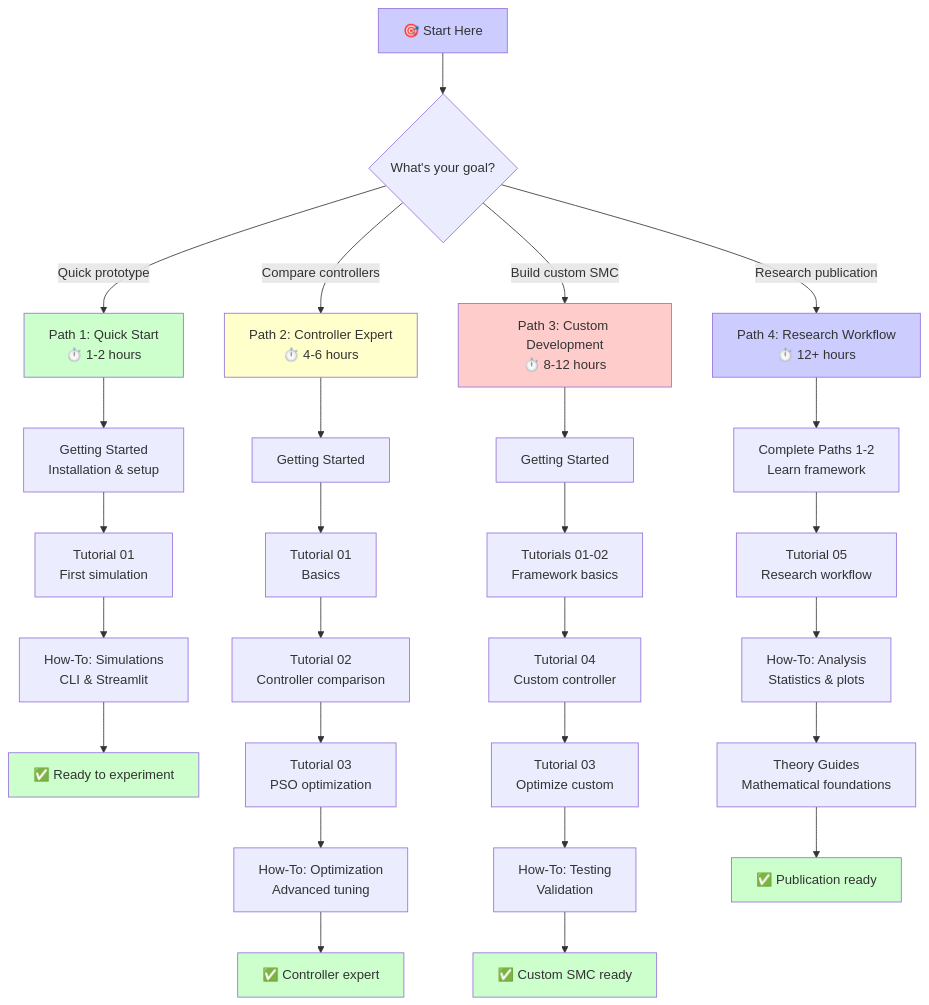
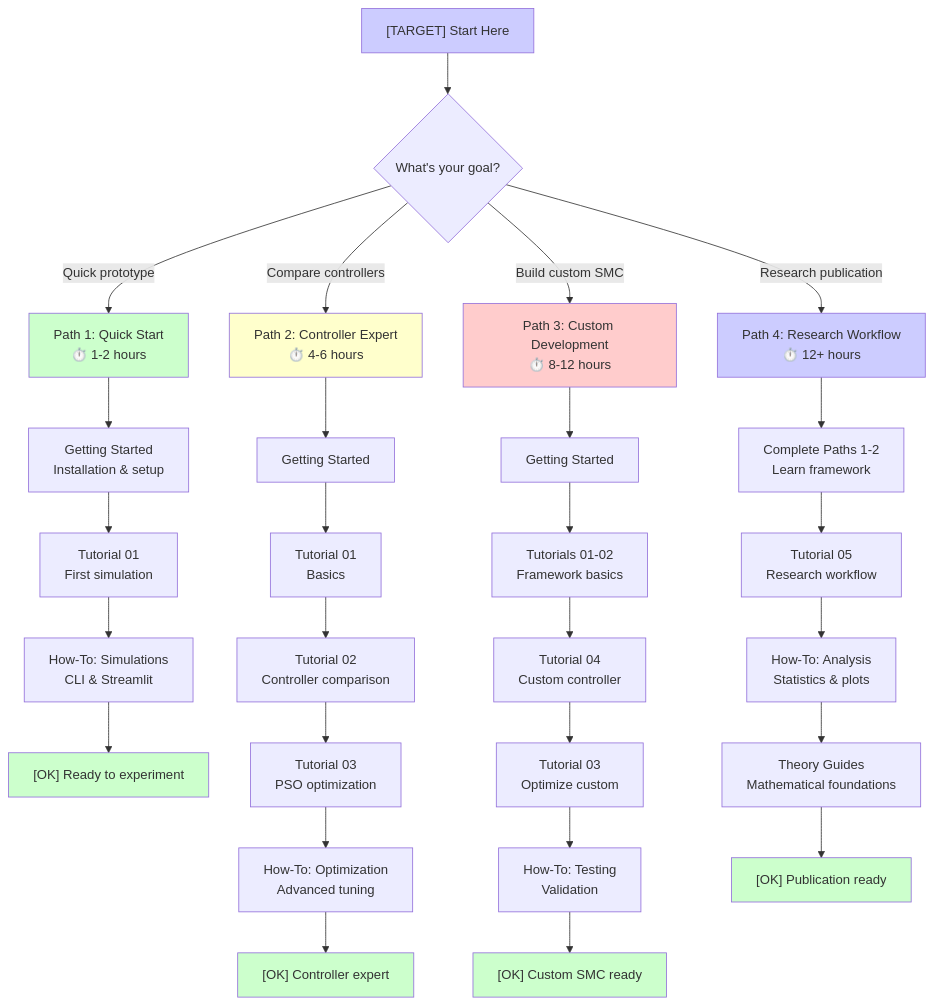
The third of 3 diagrams in README.md (theSadeQ/dip-smc-pso), drawn with Mermaid before and after one commit. The commit also changed other lines of this file and 7 other files, not shown here.

````diff
--- a/README.md
+++ b/README.md
@@ -328,44 +328,44 @@
 ```mermaid
 flowchart TD
-    START["🎯 Start Here"] --> GOAL{What's your goal?}
+    START["[TARGET] Start Here"] --> GOAL{What's your goal?}
 
     GOAL -->|Quick prototype| PATH1["Path 1: Quick Start<br/>⏱️ 1-2 hours"]
     GOAL -->|Compare controllers| PATH2["Path 2: Controller Expert<br/>⏱️ 4-6 hours"]
     GOAL -->|Build custom SMC| PATH3["Path 3: Custom Development<br/>⏱️ 8-12 hours"]
     GOAL -->|Research publication| PATH4["Path 4: Research Workflow<br/>⏱️ 12+ hours"]
 
     PATH1 --> P1_1["Getting Started<br/>Installation & setup"]
     P1_1 --> P1_2["Tutorial 01<br/>First simulation"]
     P1_2 --> P1_3["How-To: Simulations<br/>CLI & Streamlit"]
-    P1_3 --> DONE1["✅ Ready to experiment"]
+    P1_3 --> DONE1["[OK] Ready to experiment"]
 
     PATH2 --> P2_1["Getting Started"]
     P2_1 --> P2_2["Tutorial 01<br/>Basics"]
     P2_2 --> P2_3["Tutorial 02<br/>Controller comparison"]
     P2_3 --> P2_4["Tutorial 03<br/>PSO optimization"]
     P2_4 --> P2_5["How-To: Optimization<br/>Advanced tuning"]
-    P2_5 --> DONE2["✅ Controller expert"]
+    P2_5 --> DONE2["[OK] Controller expert"]
 
     PATH3 --> P3_1["Getting Started"]
     P3_1 --> P3_2["Tutorials 01-02<br/>Framework basics"]
     P3_2 --> P3_3["Tutorial 04<br/>Custom controller"]
     P3_3 --> P3_4["Tutorial 03<br/>Optimize custom"]
     P3_4 --> P3_5["How-To: Testing<br/>Validation"]
-    P3_5 --> DONE3["✅ Custom SMC ready"]
+    P3_5 --> DONE3["[OK] Custom SMC ready"]
 
     PATH4 --> P4_1["Complete Paths 1-2<br/>Learn framework"]
     P4_1 --> P4_2["Tutorial 05<br/>Research workflow"]
     P4_2 --> P4_3["How-To: Analysis<br/>Statistics & plots"]
     P4_3 --> P4_4["Theory Guides<br/>Mathematical foundations"]
-    P4_4 --> DONE4["✅ Publication ready"]
+    P4_4 --> DONE4["[OK] Publication ready"]
 
     style START fill:#ccccff
     style PATH1 fill:#ccffcc
     style PATH2 fill:#ffffcc
     style PATH3 fill:#ffcccc
     style PATH4 fill:#ccccff
     style DONE1 fill:#ccffcc
     style DONE2 fill:#ccffcc
     style DONE3 fill:#ccffcc
     style DONE4 fill:#ccffcc
 ```
````
